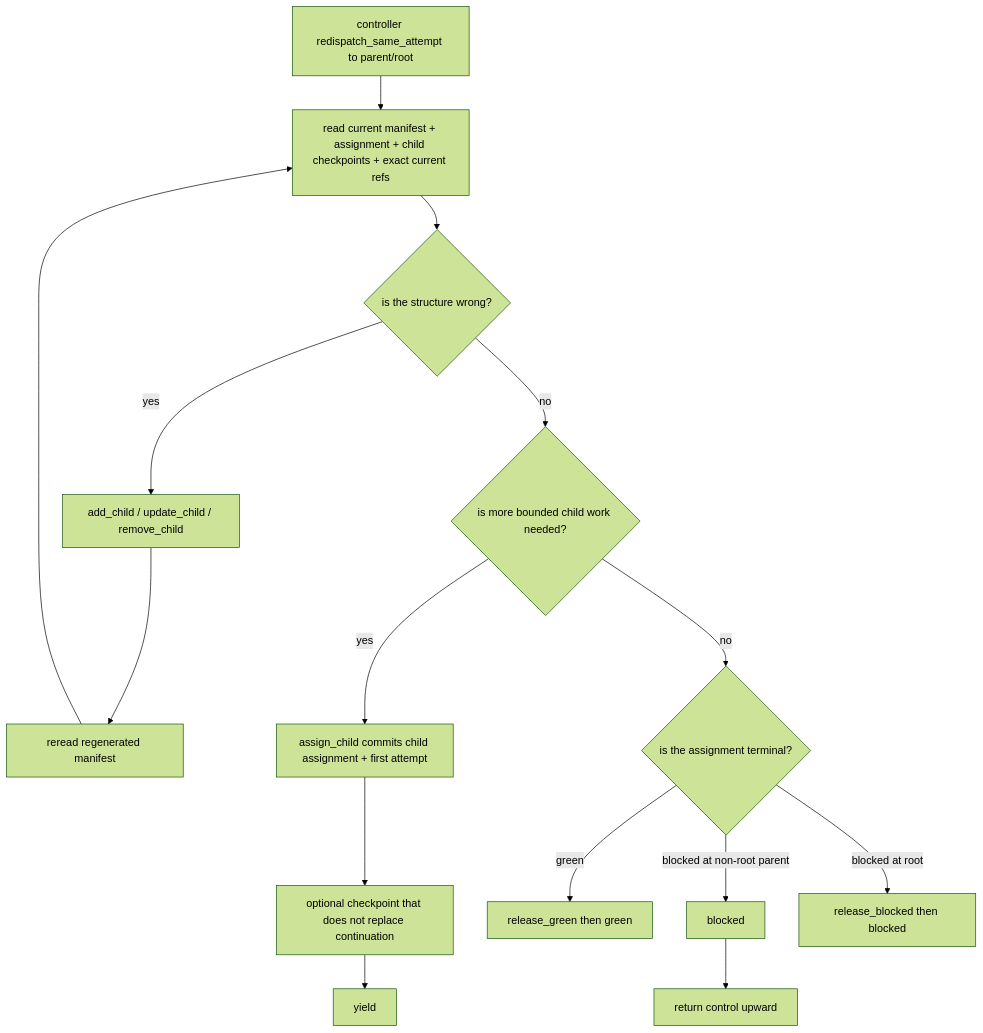
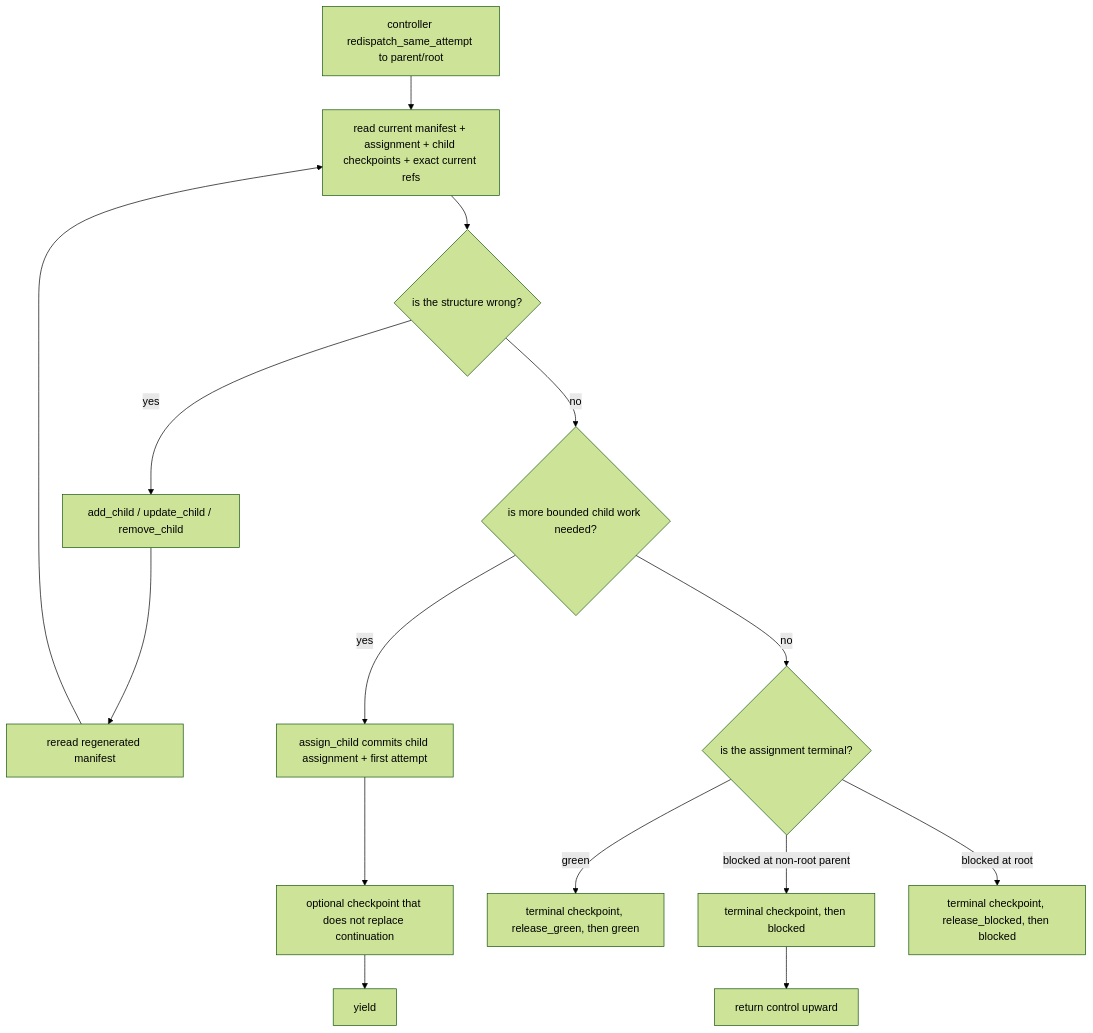
One commit to ringlochid/AutoClaw changed the diagram in docs-internal/design/v1/workflows/parent-review-and-replan.md. Above: the diagram before and after it, drawn with Mermaid (forest theme). The commit also changed other lines of this file and 48 other files, not shown here.

````diff
--- a/docs-internal/design/v1/workflows/parent-review-and-replan.md
+++ b/docs-internal/design/v1/workflows/parent-review-and-replan.md
@@ -9,17 +9,17 @@
 ```mermaid
 flowchart TD
     A["controller redispatch_same_attempt to parent/root"] --> B["read current manifest + assignment + child checkpoints + exact current refs"]
     B --> C{"is the structure wrong?"}
     C -- yes --> D["add_child / update_child / remove_child"]
     D --> E["reread regenerated manifest"]
     E --> B
     C -- no --> F{"is more bounded child work needed?"}
     F -- yes --> G["assign_child commits child assignment + first attempt"]
     G --> H["optional checkpoint that does not replace continuation"]
     H --> I["yield"]
     F -- no --> J{"is the assignment terminal?"}
-    J -- green --> K["release_green then green"]
-    J -- blocked at non-root parent --> M["blocked"]
+    J -- green --> K["terminal checkpoint, release_green, then green"]
+    J -- blocked at non-root parent --> M["terminal checkpoint, then blocked"]
     M --> N["return control upward"]
-    J -- blocked at root --> L["release_blocked then blocked"]
+    J -- blocked at root --> L["terminal checkpoint, release_blocked, then blocked"]
 ```
````
